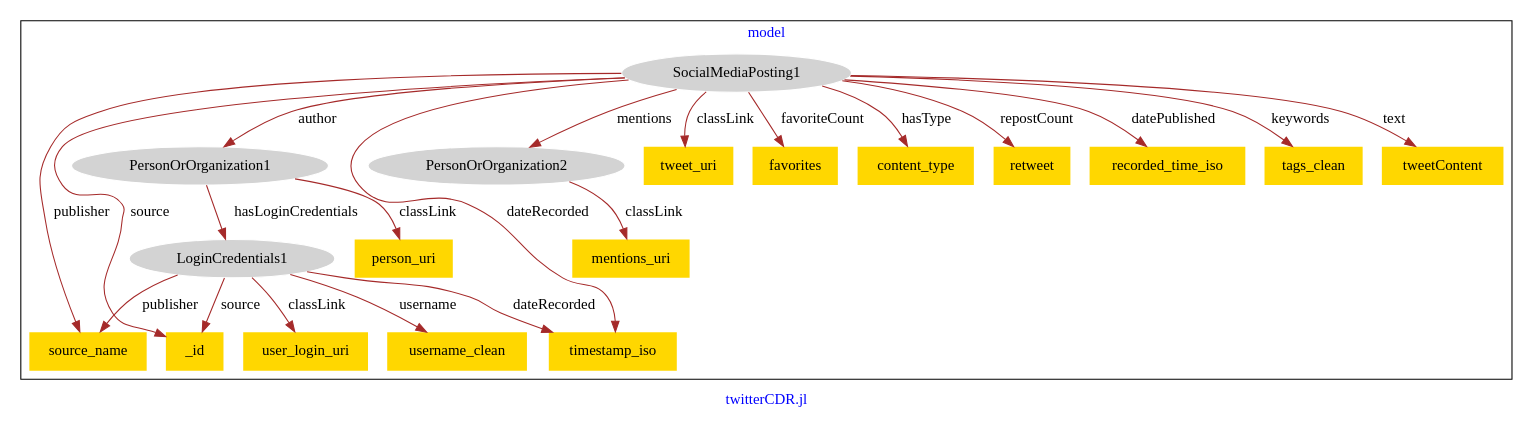
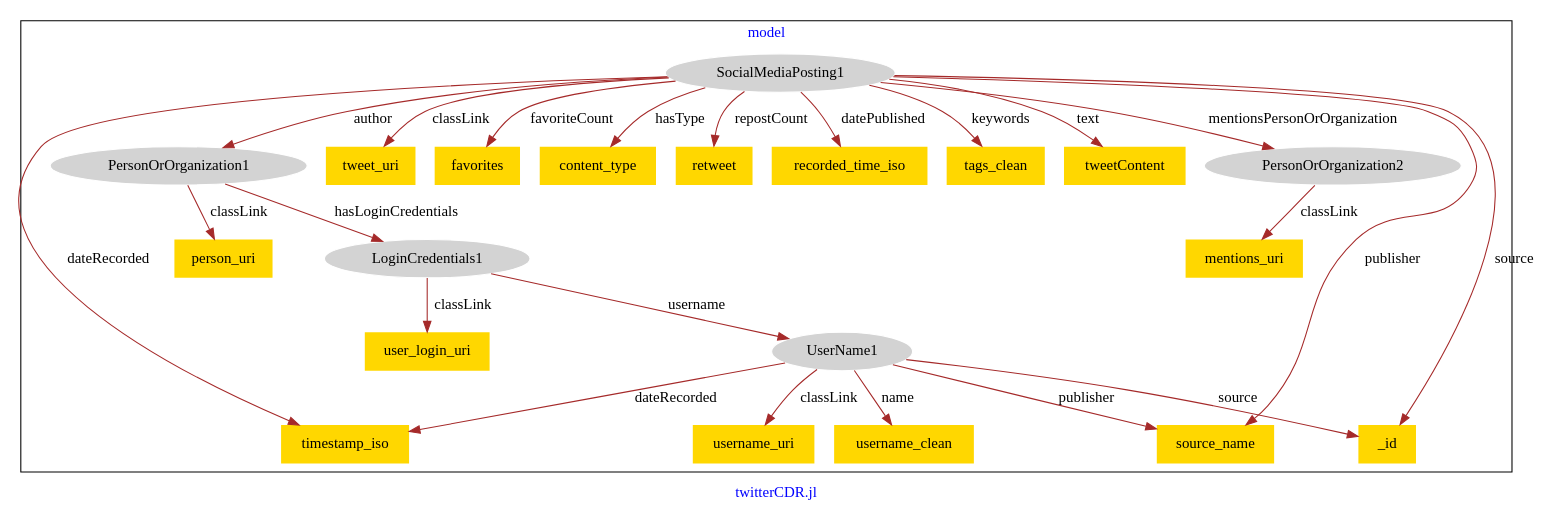
Before and after one commit to usc-isi-i2/effect-alignment: the diagram in models/asu-twitter/twitter-model.dot, drawn with Graphviz.

Commit message:
Update file twitter-model.dot

```diff
--- a/models/asu-twitter/twitter-model.dot
+++ b/models/asu-twitter/twitter-model.dot
@@ -1,46 +1,50 @@
 digraph n0 {
 fontcolor="blue"
 remincross="true"
 label="twitterCDR.jl"
 subgraph cluster {
 label="model"
 n2[style="filled",color="white",fillcolor="lightgray",label="LoginCredentials1"];
 n3[shape="plaintext",style="filled",fillcolor="gold",label="user_login_uri"];
-n4[shape="plaintext",style="filled",fillcolor="gold",label="timestamp_iso"];
-n5[shape="plaintext",style="filled",fillcolor="gold",label="username_clean"];
-n6[shape="plaintext",style="filled",fillcolor="gold",label="source_name"];
-n7[shape="plaintext",style="filled",fillcolor="gold",label="_id"];
-n8[style="filled",color="white",fillcolor="lightgray",label="PersonOrOrganization1"];
-n9[shape="plaintext",style="filled",fillcolor="gold",label="person_uri"];
-n10[style="filled",color="white",fillcolor="lightgray",label="PersonOrOrganization2"];
-n11[shape="plaintext",style="filled",fillcolor="gold",label="mentions_uri"];
-n12[style="filled",color="white",fillcolor="lightgray",label="SocialMediaPosting1"];
-n13[shape="plaintext",style="filled",fillcolor="gold",label="tweet_uri"];
-n14[shape="plaintext",style="filled",fillcolor="gold",label="favorites"];
-n15[shape="plaintext",style="filled",fillcolor="gold",label="content_type"];
-n16[shape="plaintext",style="filled",fillcolor="gold",label="retweet"];
-n17[shape="plaintext",style="filled",fillcolor="gold",label="recorded_time_iso"];
-n18[shape="plaintext",style="filled",fillcolor="gold",label="tags_clean"];
-n19[shape="plaintext",style="filled",fillcolor="gold",label="tweetContent"];
+n4[style="filled",color="white",fillcolor="lightgray",label="UserName1"];
+n5[style="filled",color="white",fillcolor="lightgray",label="PersonOrOrganization1"];
+n6[shape="plaintext",style="filled",fillcolor="gold",label="person_uri"];
+n7[style="filled",color="white",fillcolor="lightgray",label="PersonOrOrganization2"];
+n8[shape="plaintext",style="filled",fillcolor="gold",label="mentions_uri"];
+n9[shape="plaintext",style="filled",fillcolor="gold",label="username_uri"];
+n10[shape="plaintext",style="filled",fillcolor="gold",label="username_clean"];
+n11[style="filled",color="white",fillcolor="lightgray",label="SocialMediaPosting1"];
+n12[shape="plaintext",style="filled",fillcolor="gold",label="tweet_uri"];
+n13[shape="plaintext",style="filled",fillcolor="gold",label="favorites"];
+n14[shape="plaintext",style="filled",fillcolor="gold",label="content_type"];
+n15[shape="plaintext",style="filled",fillcolor="gold",label="retweet"];
+n16[shape="plaintext",style="filled",fillcolor="gold",label="recorded_time_iso"];
+n17[shape="plaintext",style="filled",fillcolor="gold",label="tags_clean"];
+n18[shape="plaintext",style="filled",fillcolor="gold",label="tweetContent"];
+n19[shape="plaintext",style="filled",fillcolor="gold",label="_id"];
+n20[shape="plaintext",style="filled",fillcolor="gold",label="timestamp_iso"];
+n21[shape="plaintext",style="filled",fillcolor="gold",label="source_name"];
 }
 n2 -> n3[color="brown",fontcolor="black",label="classLink"]
-n2 -> n4[color="brown",fontcolor="black",label="dateRecorded"]
-n2 -> n5[color="brown",fontcolor="black",label="username"]
-n2 -> n6[color="brown",fontcolor="black",label="publisher"]
-n2 -> n7[color="brown",fontcolor="black",label="source"]
-n8 -> n9[color="brown",fontcolor="black",label="classLink"]
-n8 -> n2[color="brown",fontcolor="black",label="hasLoginCredentials"]
-n10 -> n11[color="brown",fontcolor="black",label="classLink"]
-n12 -> n13[color="brown",fontcolor="black",label="classLink"]
-n12 -> n4[color="brown",fontcolor="black",label="dateRecorded"]
-n12 -> n14[color="brown",fontcolor="black",label="favoriteCount"]
-n12 -> n15[color="brown",fontcolor="black",label="hasType"]
-n12 -> n16[color="brown",fontcolor="black",label="repostCount"]
-n12 -> n17[color="brown",fontcolor="black",label="datePublished"]
-n12 -> n18[color="brown",fontcolor="black",label="keywords"]
-n12 -> n19[color="brown",fontcolor="black",label="text"]
-n12 -> n8[color="brown",fontcolor="black",label="author"]
-n12 -> n10[color="brown",fontcolor="black",label="mentions"]
-n12 -> n7[color="brown",fontcolor="black",label="source"]
-n12 -> n6[color="brown",fontcolor="black",label="publisher"]
+n2 -> n4[color="brown",fontcolor="black",label="username"]
+n5 -> n6[color="brown",fontcolor="black",label="classLink"]
+n5 -> n2[color="brown",fontcolor="black",label="hasLoginCredentials"]
+n7 -> n8[color="brown",fontcolor="black",label="classLink"]
+n4 -> n9[color="brown",fontcolor="black",label="classLink"]
+n4 -> n10[color="brown",fontcolor="black",label="name"]
+n11 -> n12[color="brown",fontcolor="black",label="classLink"]
+n11 -> n13[color="brown",fontcolor="black",label="favoriteCount"]
+n11 -> n14[color="brown",fontcolor="black",label="hasType"]
+n11 -> n15[color="brown",fontcolor="black",label="repostCount"]
+n11 -> n5[color="brown",fontcolor="black",label="author"]
+n11 -> n16[color="brown",fontcolor="black",label="datePublished"]
+n11 -> n17[color="brown",fontcolor="black",label="keywords"]
+n11 -> n18[color="brown",fontcolor="black",label="text"]
+n11 -> n19[color="brown",fontcolor="black",label="source"]
+n4 -> n20[color="brown",fontcolor="black",label="dateRecorded"]
+n11 -> n20[color="brown",fontcolor="black",label="dateRecorded"]
+n4 -> n21[color="brown",fontcolor="black",label="publisher"]
+n11 -> n7[color="brown",fontcolor="black",label="mentionsPersonOrOrganization"]
+n11 -> n21[color="brown",fontcolor="black",label="publisher"]
+n4 -> n19[color="brown",fontcolor="black",label="source"]
 }
```
